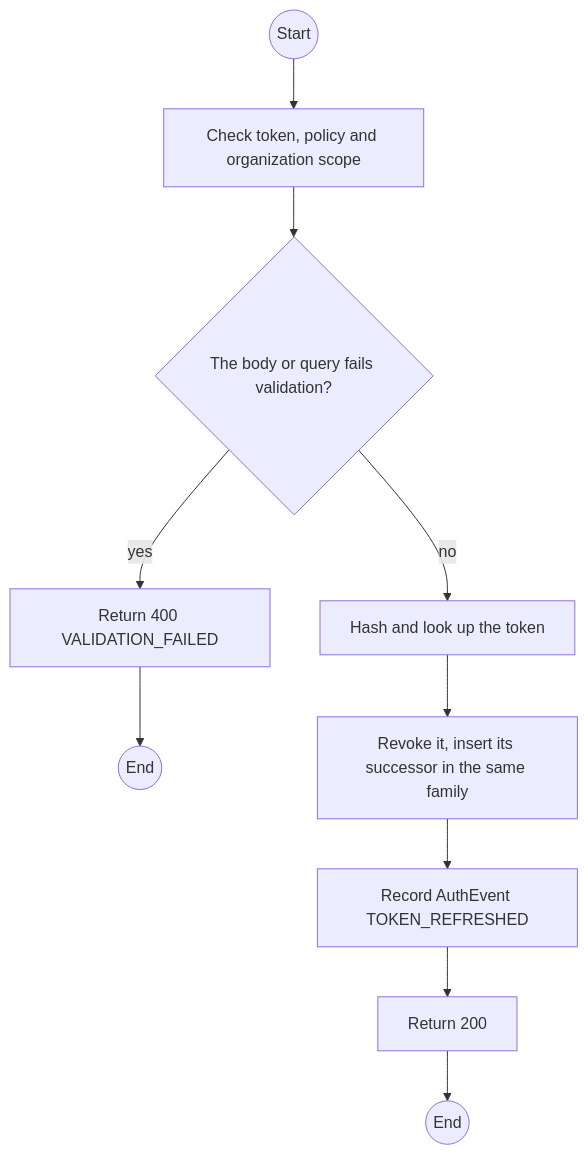
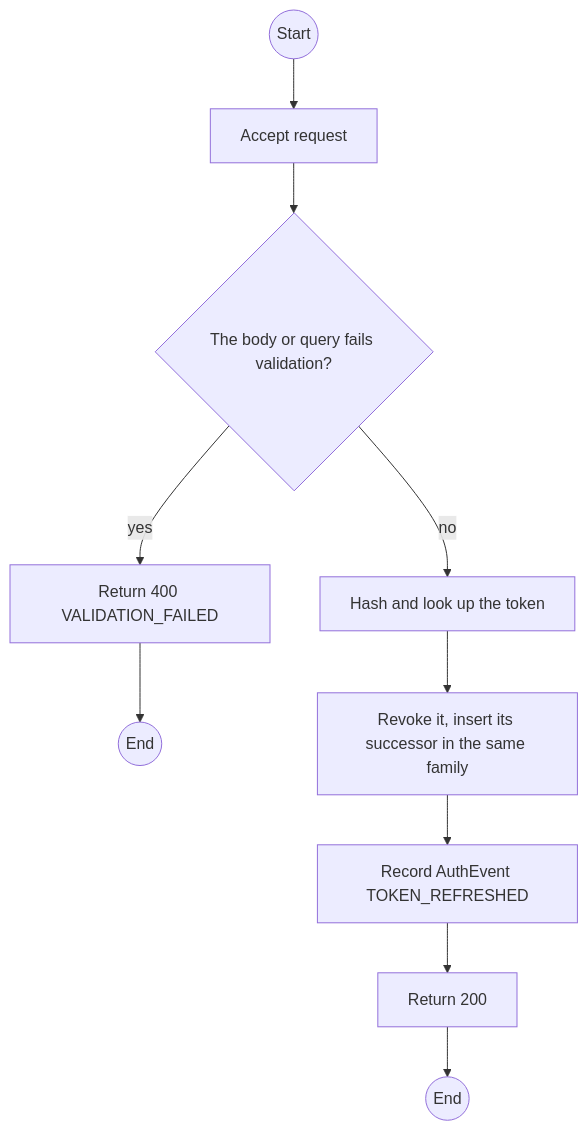
The first of 2 diagrams in specs/auth/api-design/02-post-auth-refresh.md (TrekLink-Team/treklink-web), drawn with Mermaid before and after one commit. The commit also changed other lines of this file and 3 other files, not shown here.

````diff
--- a/specs/auth/api-design/02-post-auth-refresh.md
+++ b/specs/auth/api-design/02-post-auth-refresh.md
@@ -145,20 +111,20 @@
 ```mermaid
 flowchart TB
     S((Start))
-    A0["Check token, policy and organization scope"]
+    A0["Accept request"]
     S --> A0
     D1{"The body or query fails validation?"}
     A0 --> D1
     E1["Return 400 VALIDATION_FAILED"]
     D1 -->|yes| E1
     E1 --> X1((End))
     P0["Hash and look up the token"]
     D1 -->|no| P0
     P1["Revoke it, insert its successor in the same family"]
     P0 --> P1
     P2["Record AuthEvent TOKEN_REFRESHED"]
     P1 --> P2
     OK["Return 200"]
     P2 --> OK
     OK --> Z((End))
 ```
````
